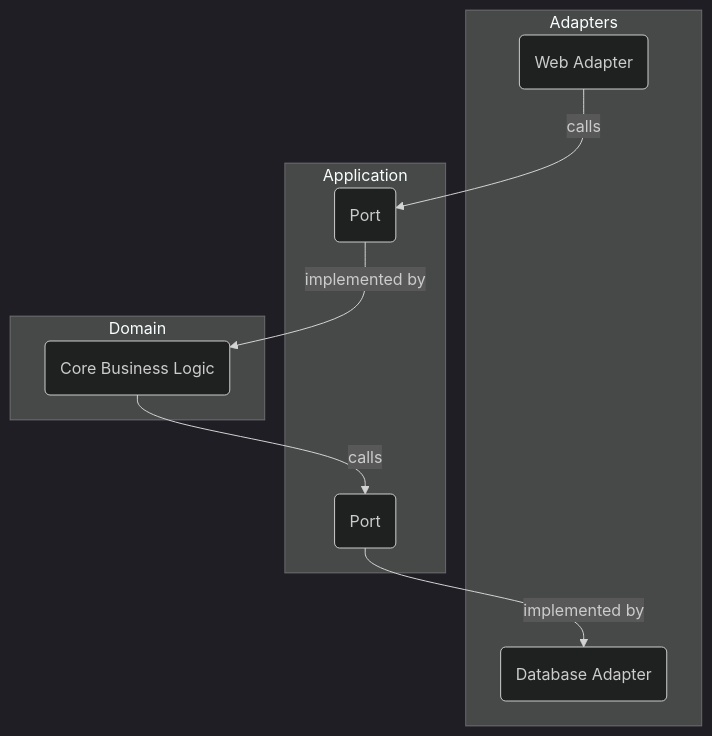
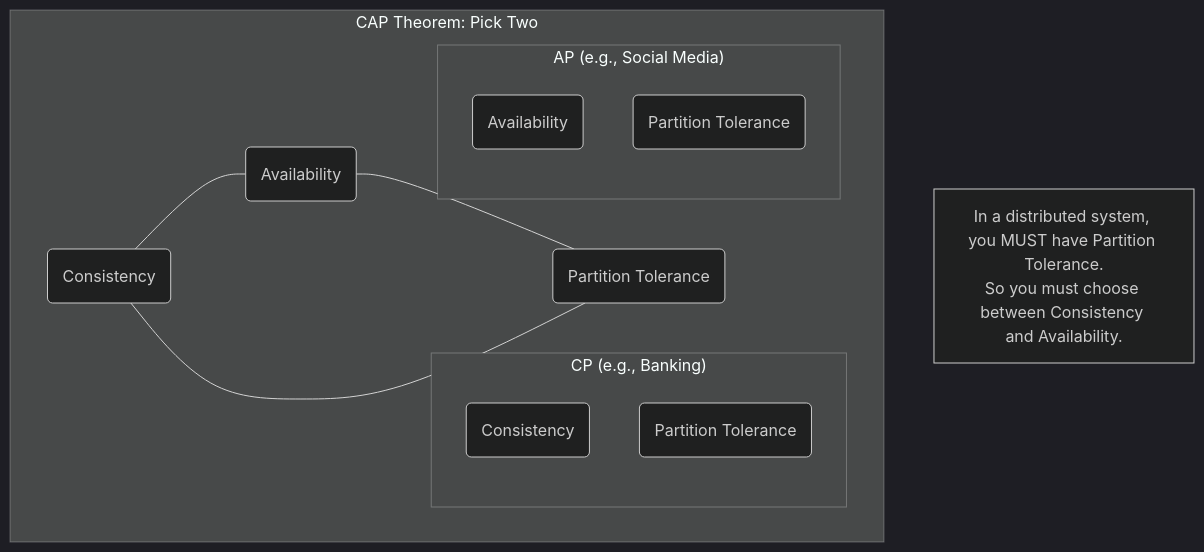
Before and after one commit to abhinandanpawar/Learning: the fifth of 6 diagrams in java-notes/12-System-Design-with-Java/README.md, drawn with Mermaid (dark theme). The commit also changed other lines of this file and 9 other files, not shown here.

````diff
--- a/java-notes/12-System-Design-with-Java/README.md
+++ b/java-notes/12-System-Design-with-Java/README.md
@@ -175,18 +116,23 @@
 ```mermaid
 graph TD
-    subgraph Adapters
-        A(Web Adapter)
-        B(Database Adapter)
+    subgraph "CAP Theorem: Pick Two"
+        C(Consistency)
+        A(Availability)
+        P(Partition Tolerance)
+
+        C --- A
+        A --- P
+        P --- C
+
+        subgraph "CP (e.g., Banking)"
+            C1(Consistency)
+            P1(Partition Tolerance)
+        end
+
+        subgraph "AP (e.g., Social Media)"
+            A2(Availability)
+            P2(Partition Tolerance)
+        end
     end
-    subgraph Application
-        P1(Port)
-        P2(Port)
-    end
-    subgraph Domain
-        C(Core Business Logic)
-    end
-    A -- calls --> P1
-    P1 -- implemented by --> C
-    C -- calls --> P2
-    P2 -- implemented by --> B
+    note["In a distributed system, you MUST have Partition Tolerance.<br>So you must choose between Consistency and Availability."]
 ```
````
